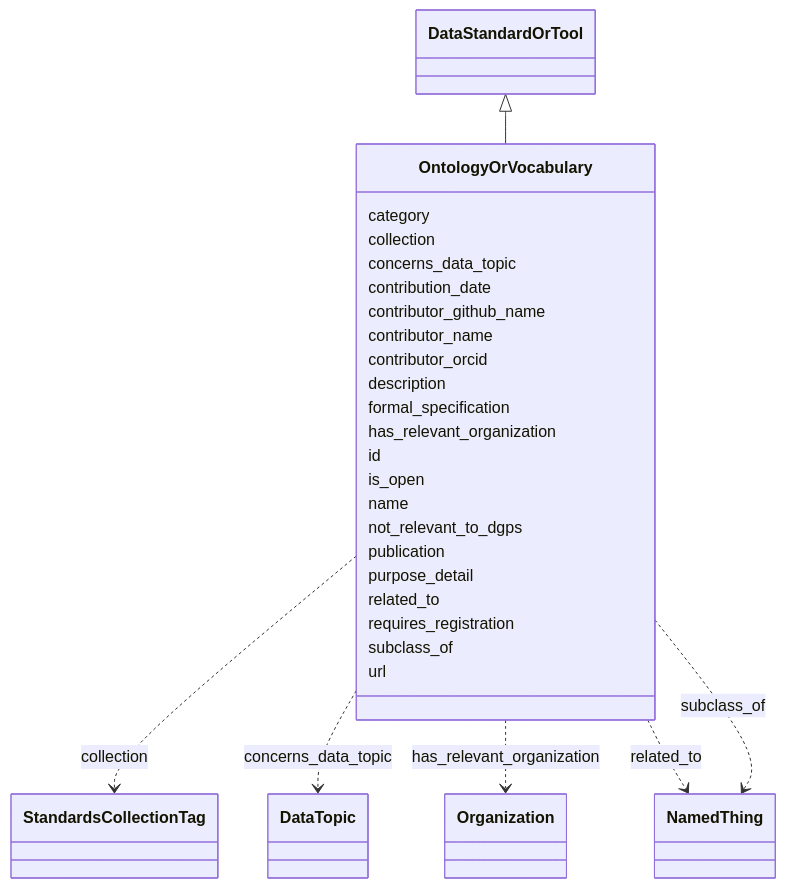
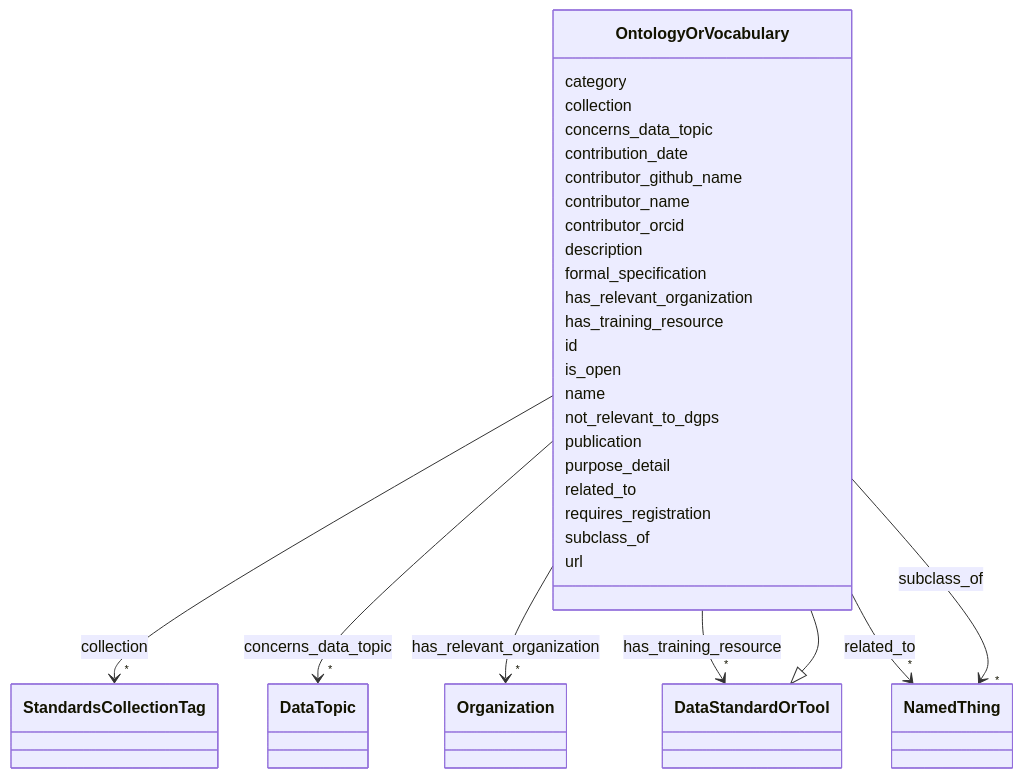
Before and after one commit to bridge2ai/standards-schemas: the diagram in docs/OntologyOrVocabulary.md, drawn with Mermaid. The commit also changed other lines of this file and 212 other files, not shown here.

````diff
--- a/docs/OntologyOrVocabulary.md
+++ b/docs/OntologyOrVocabulary.md
@@ -11,17 +19,29 @@
 ```mermaid
  classDiagram
     class OntologyOrVocabulary
+    click OntologyOrVocabulary href "../OntologyOrVocabulary"
       DataStandardOrTool <|-- OntologyOrVocabulary
+        click DataStandardOrTool href "../DataStandardOrTool"
       
       OntologyOrVocabulary : category
         
       OntologyOrVocabulary : collection
         
-          OntologyOrVocabulary ..> StandardsCollectionTag : collection
+          
+    
+    
+    OntologyOrVocabulary --> "*" StandardsCollectionTag : collection
+    click StandardsCollectionTag href "../StandardsCollectionTag"
+
         
       OntologyOrVocabulary : concerns_data_topic
         
-          OntologyOrVocabulary ..> DataTopic : concerns_data_topic
+          
+    
+    
+    OntologyOrVocabulary --> "*" DataTopic : concerns_data_topic
+    click DataTopic href "../DataTopic"
+
         
       OntologyOrVocabulary : contribution_date
         
@@ -37,7 +57,21 @@
         
       OntologyOrVocabulary : has_relevant_organization
         
-          OntologyOrVocabulary ..> Organization : has_relevant_organization
+          
+    
+    
+    OntologyOrVocabulary --> "*" Organization : has_relevant_organization
+    click Organization href "../Organization"
+
+        
+      OntologyOrVocabulary : has_training_resource
+        
+          
+    
+    
+    OntologyOrVocabulary --> "*" DataStandardOrTool : has_training_resource
+    click DataStandardOrTool href "../DataStandardOrTool"
+
         
       OntologyOrVocabulary : id
         
@@ -53,13 +87,23 @@
         
       OntologyOrVocabulary : related_to
         
-          OntologyOrVocabulary ..> NamedThing : related_to
+          
+    
+    
+    OntologyOrVocabulary --> "*" NamedThing : related_to
+    click NamedThing href "../NamedThing"
+
         
       OntologyOrVocabulary : requires_registration
         
       OntologyOrVocabulary : subclass_of
         
-          OntologyOrVocabulary ..> NamedThing : subclass_of
+          
+    
+    
+    OntologyOrVocabulary --> "*" NamedThing : subclass_of
+    click NamedThing href "../NamedThing"
+
         
       OntologyOrVocabulary : url
         
````
